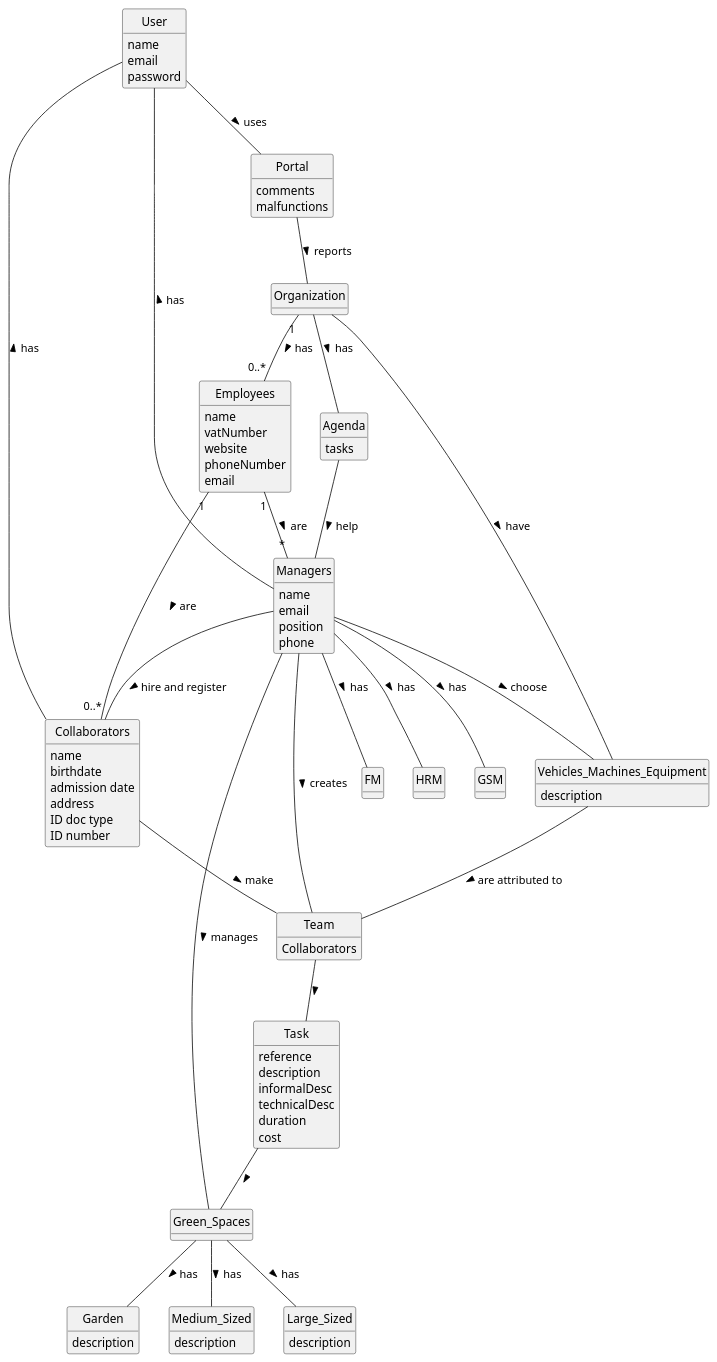
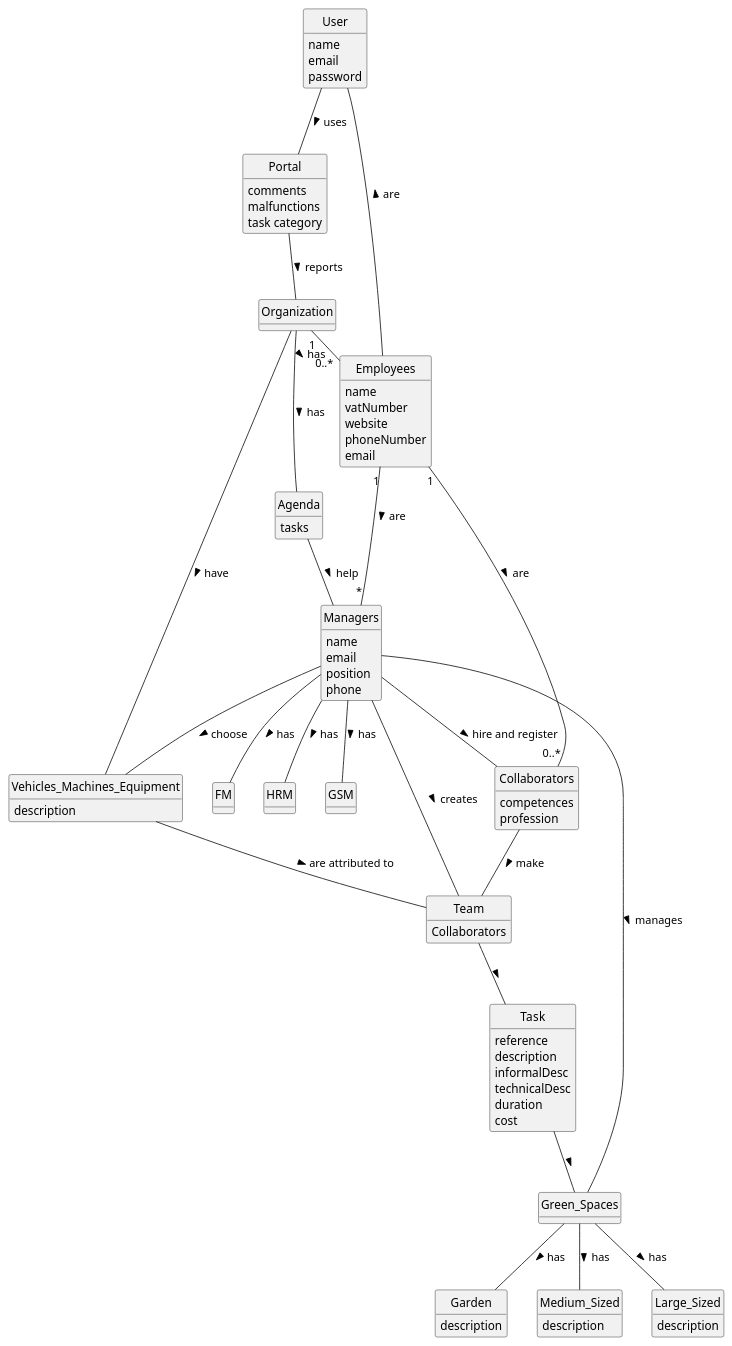
The diagram in docs/sprintA/global-artifacts/02.analysis/puml/project-domain-model.puml (Departamento-de-Engenharia-Informatica/lei-24-s2-1df-1de-g063), drawn with PlantUML before and after one commit. The commit also changed 4 other files, not shown here.

```diff
--- a/docs/sprintA/global-artifacts/02.analysis/puml/project-domain-model.puml
+++ b/docs/sprintA/global-artifacts/02.analysis/puml/project-domain-model.puml
@@ -1,118 +1,113 @@
 @startuml
 skinparam monochrome true
 skinparam packageStyle rectangle
 skinparam shadowing false
 'skinparam linetype ortho
 'left to right direction
 skinparam classAttributeIconSize 0
 hide circle
 hide methods
 
 'title Domain Model
 
 'class Platform {
 '  -description
 '}
 class Portal{
     comments
     malfunctions
+    task category
 }
 class Agenda{
     tasks
 }
 class Garden{
     description
 }
 class Medium_Sized{
     description
 }
 class Large_Sized{
     description
 }
 class Vehicles_Machines_Equipment{
     description
 }
 class FM{
 }
 class HRM{
 }
 class GSM{
 }
 class Green_Spaces{
 
 }
 class Team{
     Collaborators
 }
 
 class Collaborators{
-    name
-    birthdate
-    admission date
-    address
-    contact info (mobile and email)
-    ID doc type
-    ID number
+    competences
+    profession
 }
 class Employees {
     name
     vatNumber
     website
     phoneNumber
     email
 }
 
 class Task {
     reference
     description
     informalDesc
     technicalDesc
     duration
     cost
 }
 class Managers {
     name
     email
     position
     phone
 }
 class User {
     name
     email
     password
 }
 class Organization{
 
 }
 'Platform "1" -- "*" Organization : has registered >
 'Platform "1" -- "*" Category : defines >
 Organization "1" - "0..*" Employees : has >
 Employees "1" - "0..*" Collaborators: are >
 'Task "*" -- "1" Employees: created by >
 Employees "1" -- "*" Managers : are >
 'Employees "0..1" -- "1" User: acts as >
 Collaborators -- Team : make >
 Team -- Task :  >
 Task -- Green_Spaces:  >
 Managers -- GSM: has >
 Managers -- HRM: has >
 Managers -- FM: has >
 Managers -- Team: creates >
 Managers -- Green_Spaces: manages >
 Green_Spaces -- Garden: has >
 Green_Spaces -- Medium_Sized: has >
 Green_Spaces -- Large_Sized: has >
 Vehicles_Machines_Equipment -- Team: are attributed to >
 Managers -- Collaborators: hire and register >
 Organization -- Vehicles_Machines_Equipment: have >
 Managers -- Vehicles_Machines_Equipment: choose >
 Organization -- Agenda: has >
 Agenda -- Managers: help >
 Portal -- Organization: reports >
 User -- Portal: uses >
-User -- Managers: has <
-User -- Collaborators: has <
+User -- Employees: are <
 
 
 
 @enduml
```
